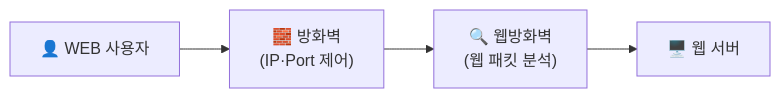
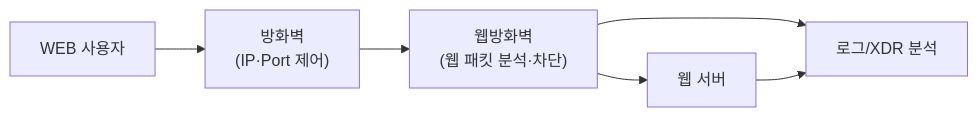
One commit to qubitsec/blog changed the diagram in content/ko/qna/q06-firewall-vs-waf.md. Above: the diagram before and after it, drawn with Mermaid. The commit also changed other lines of this file, not shown here.

````diff
--- a/content/ko/qna/q06-firewall-vs-waf.md
+++ b/content/ko/qna/q06-firewall-vs-waf.md
@@ -47,9 +83,12 @@
 ```mermaid
 flowchart LR
-    USER["👤 WEB 사용자"]
-    FW["🧱 방화벽<br/>(IP·Port 제어)"]
-    WAF["🔍 웹방화벽<br/>(웹 패킷 분석)"]
-    WEB["🖥️ 웹 서버"]
+    USER["WEB 사용자"]
+    FW["방화벽<br/>(IP·Port 제어)"]
+    WAF["웹방화벽<br/>(웹 패킷 분석·차단)"]
+    WEB["웹 서버"]
+    LOG["로그/XDR 분석"]
 
     USER --> FW --> WAF --> WEB
+    WAF --> LOG
+    WEB --> LOG
 ```
````
